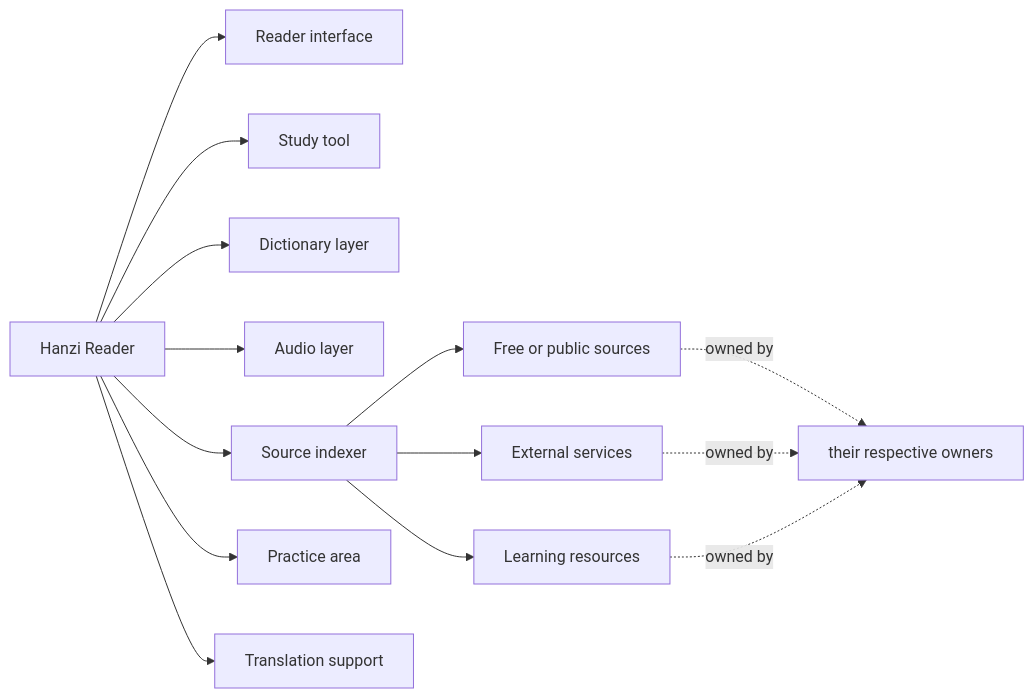
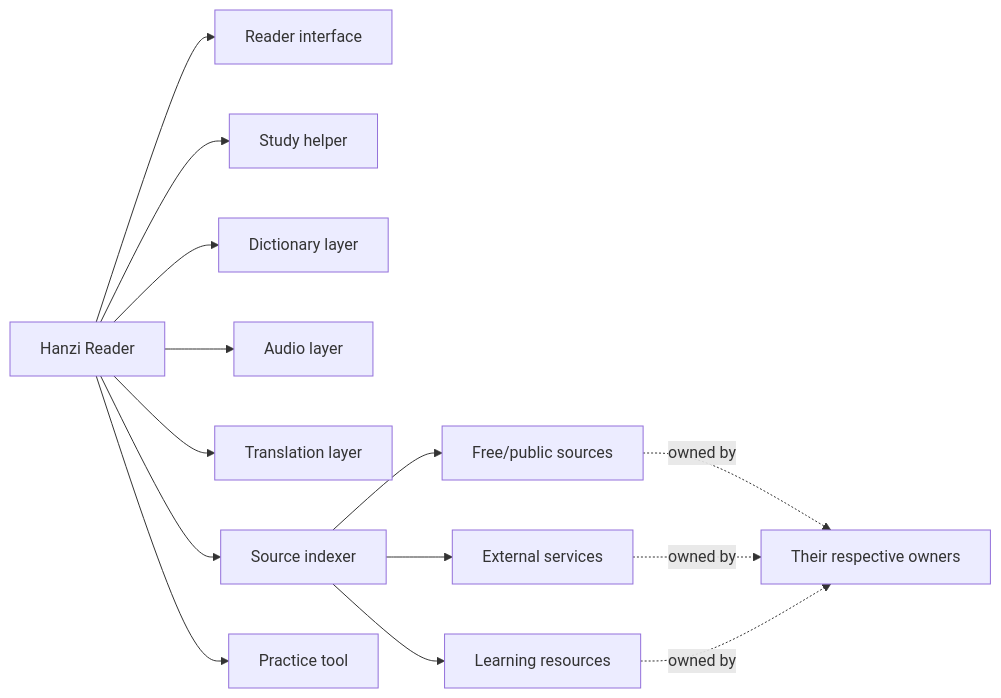
Before and after one commit to HyakkimaruPY/Hanzi-Reader: the fourth of 6 diagrams in README.md, drawn with Mermaid. The commit also changed other lines of this file, not shown here.

````diff
--- a/README.md
+++ b/README.md
@@ -194,18 +169,18 @@
 ```mermaid
 graph LR
-    A["Hanzi Reader"] --> B["Reader interface"]
-    A --> C["Study tool"]
-    A --> D["Dictionary layer"]
-    A --> E["Audio layer"]
-    A --> F["Source indexer"]
-    A --> G["Practice area"]
-    A --> H["Translation support"]
+    A[Hanzi Reader] --> B[Reader interface]
+    A --> C[Study helper]
+    A --> D[Dictionary layer]
+    A --> E[Audio layer]
+    A --> F[Translation layer]
+    A --> G[Source indexer]
+    A --> H[Practice tool]
 
-    F --> I["Free or public sources"]
-    F --> J["External services"]
-    F --> K["Learning resources"]
+    G --> I[Free/public sources]
+    G --> J[External services]
+    G --> K[Learning resources]
 
-    I -. "owned by" .-> L["their respective owners"]
-    J -. "owned by" .-> L
-    K -. "owned by" .-> L
+    I -.owned by.-> L[Their respective owners]
+    J -.owned by.-> L
+    K -.owned by.-> L
 ```
````
